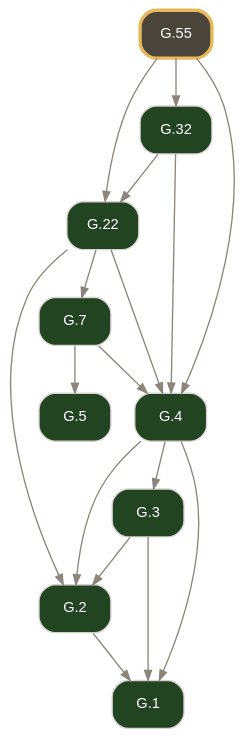
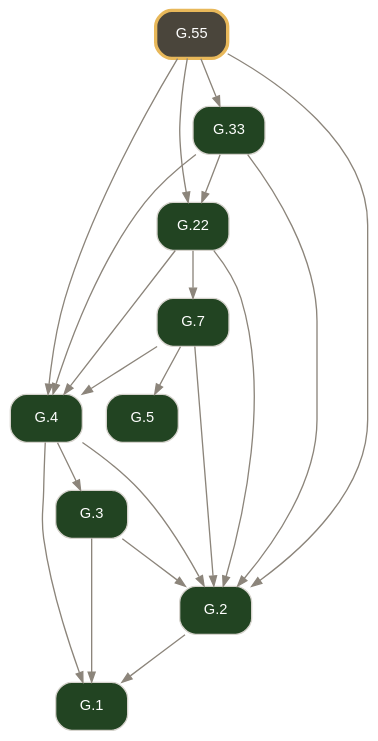
The diagram in docsrc/elements2/G.55/index.rst (geometor/elements), drawn with Graphviz before and after one commit. The commit also changed other lines of this file and 1276 other files, not shown here.

```diff
--- a/docsrc/elements2/G.55/index.rst
+++ b/docsrc/elements2/G.55/index.rst
@@ -34,33 +34,36 @@
 .. graphviz::
 
    digraph {
      bgcolor="transparent";
      node [shape=box, style="rounded,filled", fontname="Helvetica", fontsize=11, color="#d6d3cd", fontcolor="#ffffff"];
      edge [color="#8c857b", fontcolor="#8c857b", arrowsize=0.75];
      rankdir="TB";
      "G.1" [label="G.1", tooltip="G.1 (I.def.1): A point A is that which has no part.", fillcolor="#224422", URL="../G.1/index.html", target="_top"];
      "G.2" [label="G.2", tooltip="G.2 (I.def.2): A line [ A B ] is a projection of a relationship of two points A, B.", fillcolor="#224422", URL="../G.2/index.html", target="_top"];
      "G.3" [label="G.3", tooltip="G.3 (I.def.3): The extremities of a segment / A B / are points A, B.", fillcolor="#224422", URL="../G.3/index.html", target="_top"];
      "G.4" [label="G.4", tooltip="G.4 (I.def.4): A segment / A B / is a portion of a line [ A B ] between two points A, B on the line.", fillcolor="#224422", URL="../G.4/index.html", target="_top"];
      "G.5" [label="G.5", tooltip="G.5 (I.def.5): A surface is that which has length and breadth only.", fillcolor="#224422", URL="../G.5/index.html", target="_top"];
      "G.7" [label="G.7", tooltip="G.7 (I.def.7): A plane surface lies evenly with the lines on itself.", fillcolor="#224422", URL="../G.7/index.html", target="_top"];
      "G.22" [label="G.22", tooltip="G.22 (I.def.8): A plane angle is the inclination to one another of two lines or arcs in a plane that meet and do not lie on the same line.", fillcolor="#224422", URL="../G.22/index.html", target="_top"];
-     "G.32" [label="G.32", tooltip="G.32 (I.def.10): When a segment standing on a line makes the adjacent angles equal, each of the equal angles is a right angle, and the standing segment is perpendicular to the line.", fillcolor="#224422", URL="../G.32/index.html", target="_top"];
+     "G.33" [label="G.33", tooltip="G.33 (I.def.10): When a segment standing on a line makes the adjacent angles equal, each of the equal angles is a right angle, and the standing segment is perpendicular to the line.", fillcolor="#224422", URL="../G.33/index.html", target="_top"];
      "G.55" [label="G.55", tooltip="G.55 (I.post.5): Two lines intersected by a transversal with interior angles on one side summing to less than two right angles meet on that side.", penwidth=2.5, color="#e8b85a", fillcolor="#4a453b", URL="index.html", target="_top"];
      "G.2" -> "G.1";
      "G.3" -> "G.1";
      "G.4" -> "G.1";
      "G.3" -> "G.2";
      "G.4" -> "G.2";
+     "G.7" -> "G.2";
      "G.22" -> "G.2";
+     "G.33" -> "G.2";
+     "G.55" -> "G.2";
      "G.4" -> "G.3";
      "G.7" -> "G.4";
      "G.22" -> "G.4";
-     "G.32" -> "G.4";
+     "G.33" -> "G.4";
      "G.55" -> "G.4";
      "G.7" -> "G.5";
      "G.22" -> "G.7";
-     "G.32" -> "G.22";
+     "G.33" -> "G.22";
      "G.55" -> "G.22";
-     "G.55" -> "G.32";
+     "G.55" -> "G.33";
    }
```
